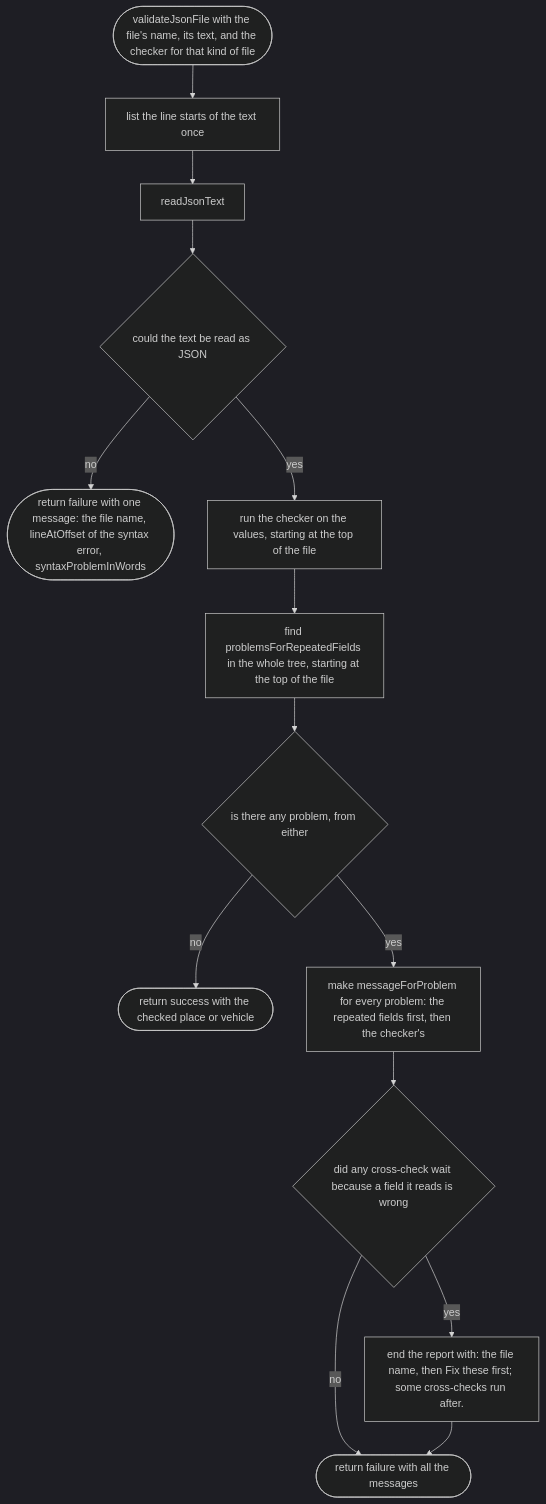
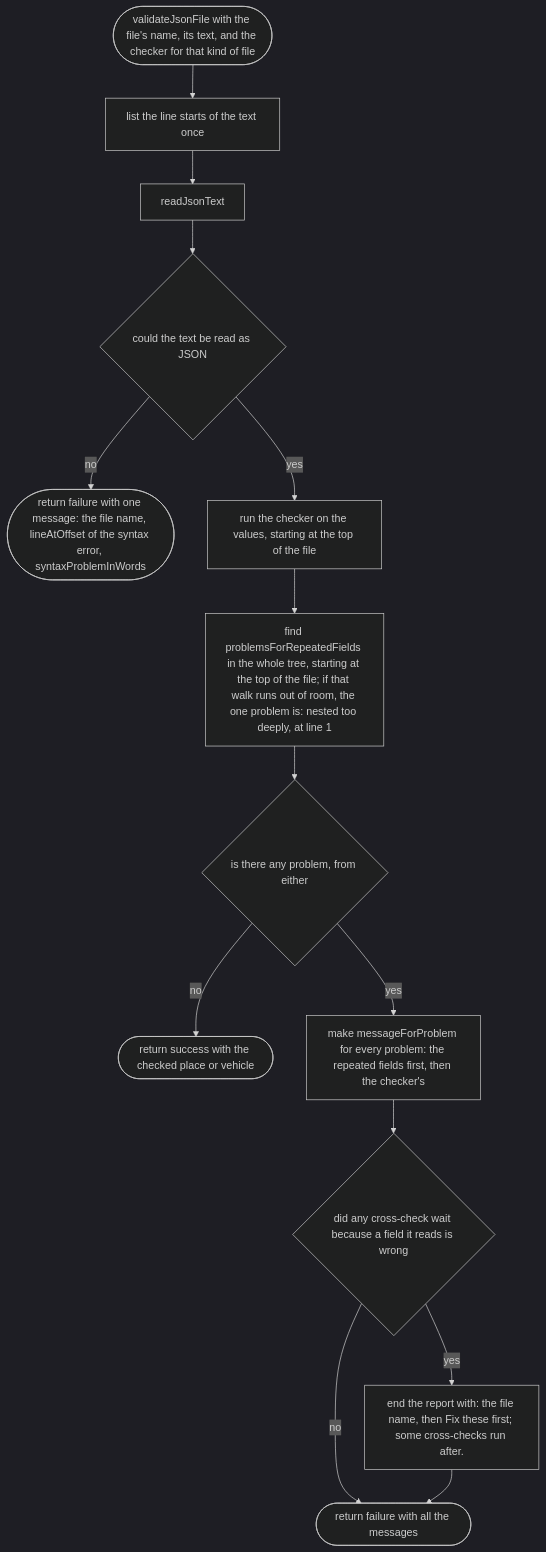
Before and after one commit to NewDara-Star/world-engine: the first of 2 diagrams in docs/designs/src/place/check-file.md, drawn with Mermaid (dark theme). The commit also changed other lines of this file and 1 other file, not shown here.

````diff
--- a/docs/designs/src/place/check-file.md
+++ b/docs/designs/src/place/check-file.md
@@ -9,29 +11,29 @@
 ```mermaid
 flowchart TD
   s(["validateJsonFile with the file's name, its text, and the checker for that kind of file"])
   l["list the line starts of the text once"]
   a["readJsonText"]
   b{"could the text be read as JSON"}
   c(["return failure with one message: the file name, lineAtOffset of the syntax error, syntaxProblemInWords"])
   d["run the checker on the values, starting at the top of the file"]
-  r["find problemsForRepeatedFields in the whole tree, starting at the top of the file"]
+  r["find problemsForRepeatedFields in the whole tree, starting at the top of the file; if that walk runs out of room, the one problem is: nested too deeply, at line 1"]
   e{"is there any problem, from either"}
   f(["return success with the checked place or vehicle"])
   g["make messageForProblem for every problem: the repeated fields first, then the checker's"]
   h{"did any cross-check wait because a field it reads is wrong"}
   i["end the report with: the file name, then Fix these first; some cross-checks run after."]
   j(["return failure with all the messages"])
   s --> l
   l --> a
   a --> b
   b -->|"no"| c
   b -->|"yes"| d
   d --> r
   r --> e
   e -->|"no"| f
   e -->|"yes"| g
   g --> h
   h -->|"yes"| i
   h -->|"no"| j
   i --> j
 ```
````
